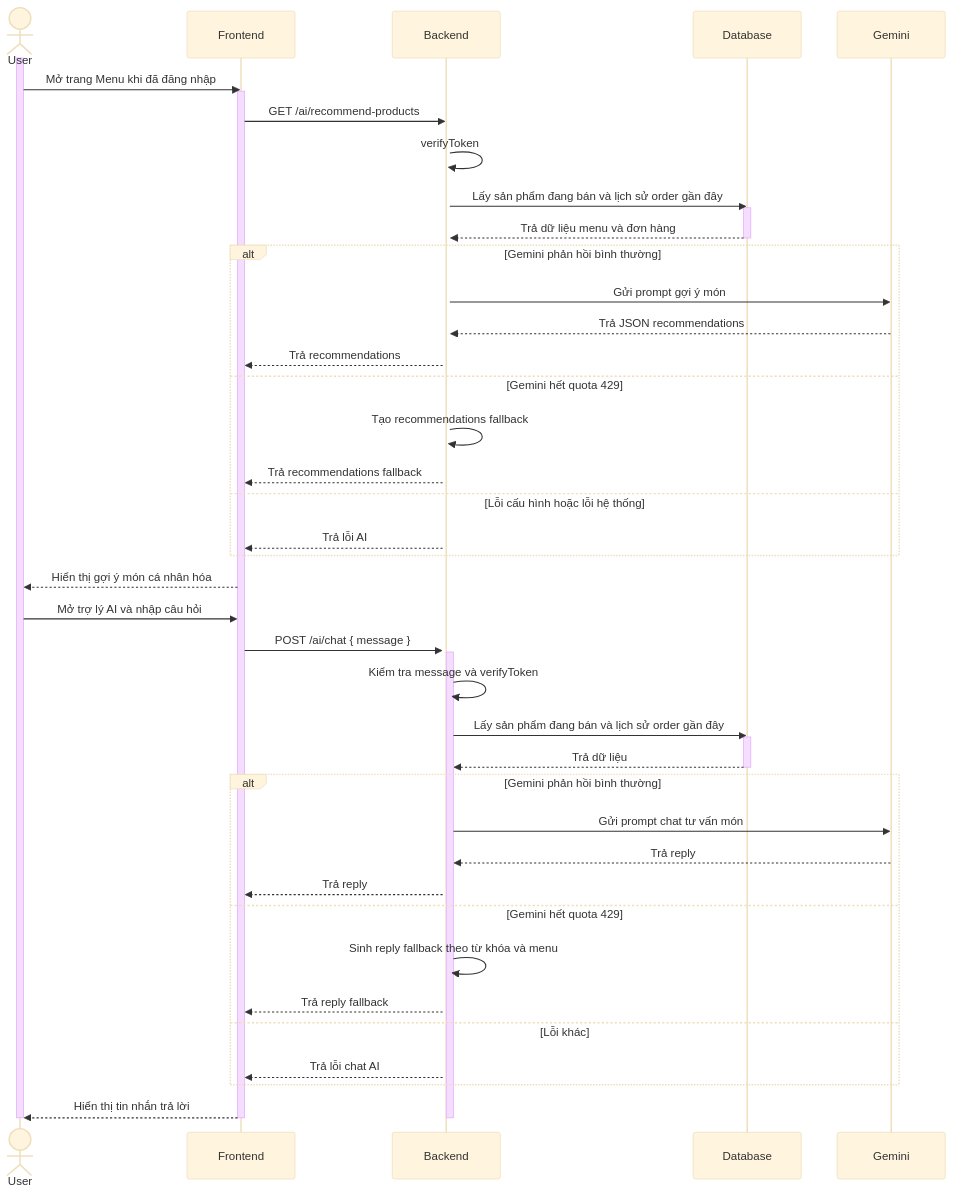
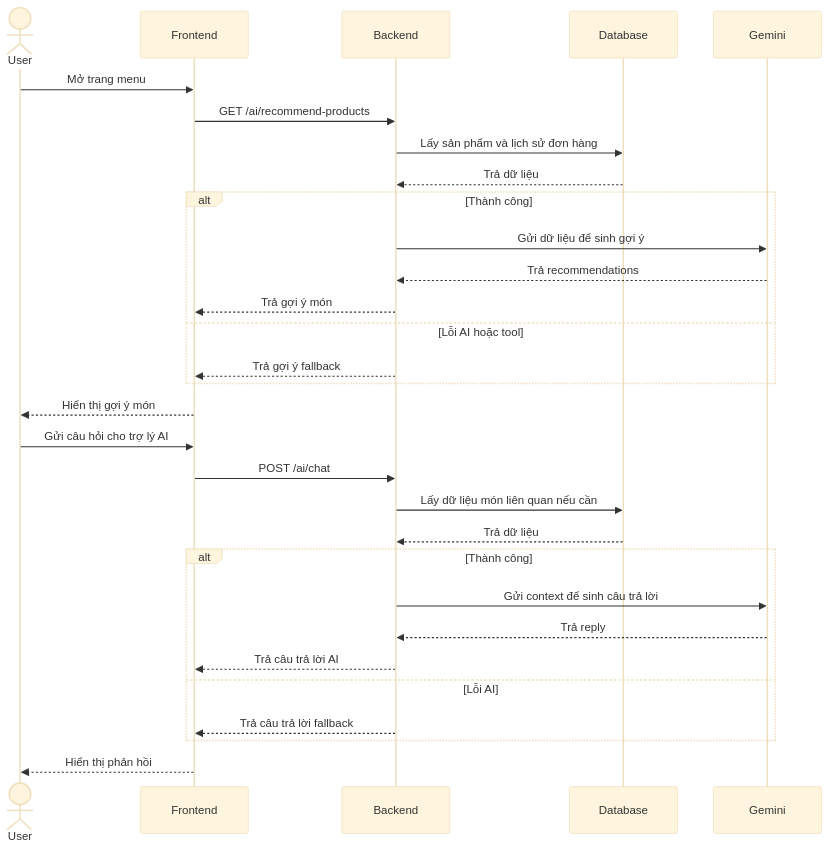
One commit to Pvmvn/BE-CDTN changed diagram 45 of 48 in docs/usecase-dac-ta-chuc-nang-con-lai.md. Above: the diagram before and after it, drawn with Mermaid (base theme). The commit also changed other lines of this file and 4 other files, not shown here.

````diff
--- a/docs/usecase-dac-ta-chuc-nang-con-lai.md
+++ b/docs/usecase-dac-ta-chuc-nang-con-lai.md
@@ -2917,53 +2917,34 @@
 ```mermaid
 sequenceDiagram
   actor User as User
   participant FE as Frontend
   participant BE as Backend
   participant DB as Database
   participant AI as Gemini
 
-  activate User
-  User->>FE: Mở trang Menu khi đã đăng nhập
-  activate FE
+  User->>FE: Mở trang menu
   FE->>BE: GET /ai/recommend-products
-  activate BE
-  BE->>BE: verifyToken
-  BE->>DB: Lấy sản phẩm đang bán và lịch sử order gần đây
-  activate DB
-  DB-->>BE: Trả dữ liệu menu và đơn hàng
-  deactivate DB
-  alt Gemini phản hồi bình thường
-    BE->>AI: Gửi prompt gợi ý món
-    AI-->>BE: Trả JSON recommendations
-    BE-->>FE: Trả recommendations
-  else Gemini hết quota 429
-    BE->>BE: Tạo recommendations fallback
-    BE-->>FE: Trả recommendations fallback
-  else Lỗi cấu hình hoặc lỗi hệ thống
-    BE-->>FE: Trả lỗi AI
+  BE->>DB: Lấy sản phẩm và lịch sử đơn hàng
+  DB-->>BE: Trả dữ liệu
+  alt Thành công
+    BE->>AI: Gửi dữ liệu để sinh gợi ý
+    AI-->>BE: Trả recommendations
+    BE-->>FE: Trả gợi ý món
+  else Lỗi AI hoặc tool
+    BE-->>FE: Trả gợi ý fallback
   end
-  FE-->>User: Hiển thị gợi ý món cá nhân hóa
+  FE-->>User: Hiển thị gợi ý món
 
-  User->>FE: Mở trợ lý AI và nhập câu hỏi
-  FE->>BE: POST /ai/chat { message }
-  activate BE
-  BE->>BE: Kiểm tra message và verifyToken
-  BE->>DB: Lấy sản phẩm đang bán và lịch sử order gần đây
-  activate DB
+  User->>FE: Gửi câu hỏi cho trợ lý AI
+  FE->>BE: POST /ai/chat
+  BE->>DB: Lấy dữ liệu món liên quan nếu cần
   DB-->>BE: Trả dữ liệu
-  deactivate DB
-  alt Gemini phản hồi bình thường
-    BE->>AI: Gửi prompt chat tư vấn món
+  alt Thành công
+    BE->>AI: Gửi context để sinh câu trả lời
     AI-->>BE: Trả reply
-    BE-->>FE: Trả reply
-  else Gemini hết quota 429
-    BE->>BE: Sinh reply fallback theo từ khóa và menu
-    BE-->>FE: Trả reply fallback
-  else Lỗi khác
-    BE-->>FE: Trả lỗi chat AI
+    BE-->>FE: Trả câu trả lời AI
+  else Lỗi AI
+    BE-->>FE: Trả câu trả lời fallback
   end
-  FE-->>User: Hiển thị tin nhắn trả lời
-  deactivate BE
-  deactivate FE
-  deactivate User
+  FE-->>User: Hiển thị phản hồi
 ```
````
